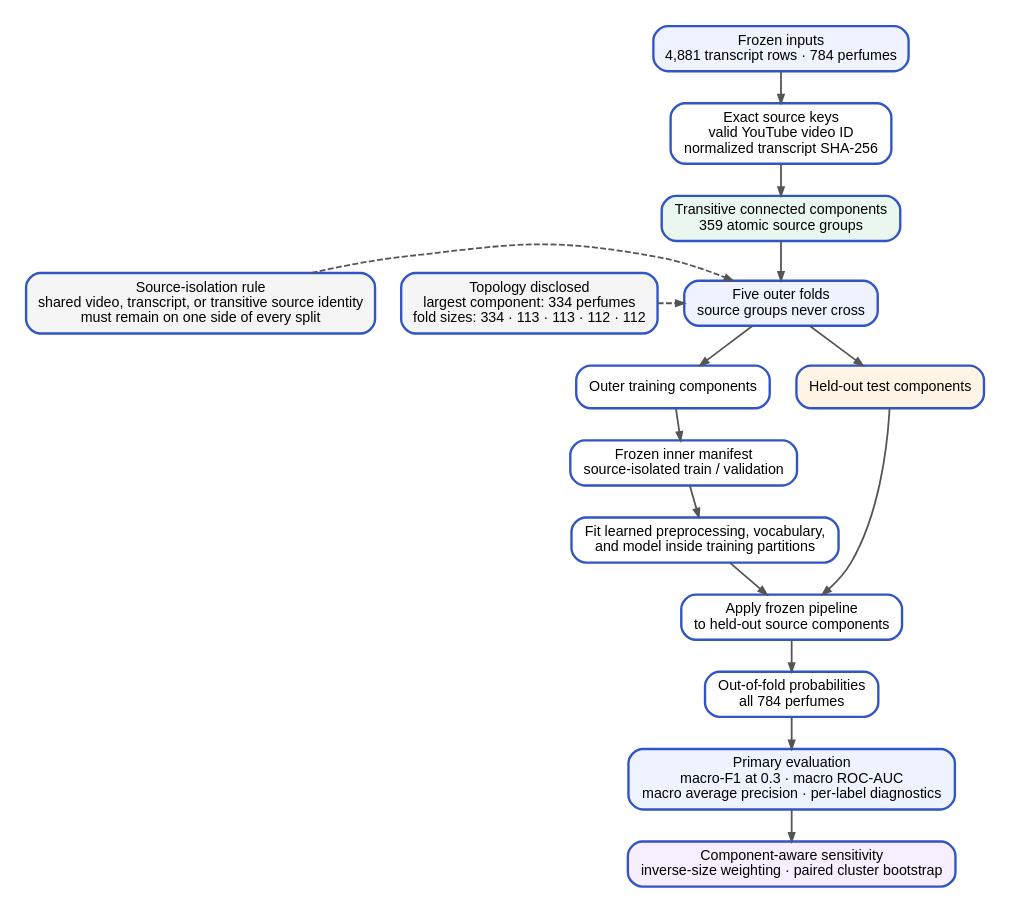
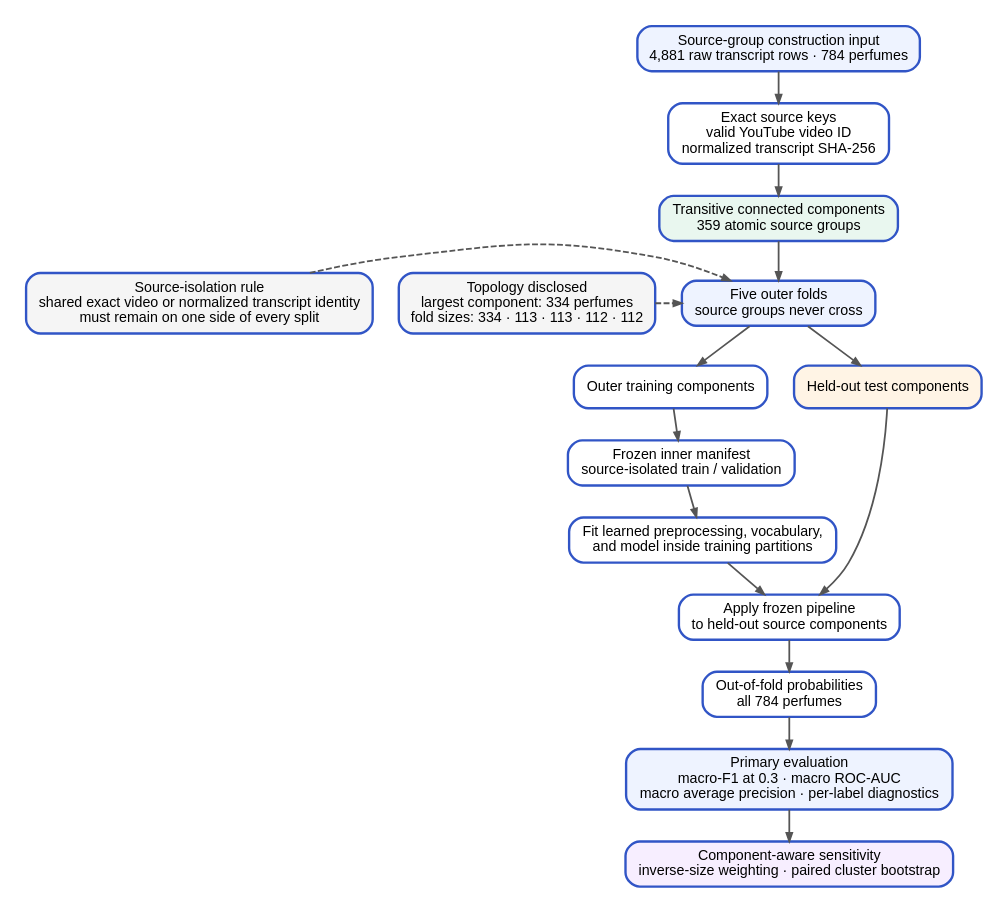
One commit to ececanga/Sentiment-Analysis-for-Perfume-Reviews changed the diagram in docs/thesis/mermaid diagrams/graphviz/figure_3_5_cross_validation_leakage_control.dot. Above: the diagram before and after it, drawn with Graphviz. The commit also changed 36 other files, not shown here.

```diff
--- a/docs/thesis/mermaid diagrams/graphviz/figure_3_5_cross_validation_leakage_control.dot
+++ b/docs/thesis/mermaid diagrams/graphviz/figure_3_5_cross_validation_leakage_control.dot
@@ -1,32 +1,32 @@
 digraph G {
   graph [rankdir=TB, bgcolor="white", pad=0.2, nodesep=0.30, ranksep=0.38, fontname="Arial"];
   node [shape=box, style="rounded,filled", fillcolor="white", color="#3155C6", penwidth=2, fontname="Arial", fontsize=12, margin="0.15,0.09"];
   edge [color="#555555", penwidth=1.5, arrowsize=0.7];
 
-  A [label="Frozen inputs\n4,881 transcript rows · 784 perfumes", fillcolor="#EEF3FF"];
+  A [label="Source-group construction input\n4,881 raw transcript rows · 784 perfumes", fillcolor="#EEF3FF"];
   B [label="Exact source keys\nvalid YouTube video ID\nnormalized transcript SHA-256"];
   C [label="Transitive connected components\n359 atomic source groups", fillcolor="#E9F7EF"];
   D [label="Five outer folds\nsource groups never cross", fillcolor="#EEF3FF"];
   E [label="Outer training components"];
   F [label="Held-out test components", fillcolor="#FFF4E5"];
   V [label="Frozen inner manifest\nsource-isolated train / validation"];
   G [label="Fit learned preprocessing, vocabulary,\nand model inside training partitions"];
   H [label="Apply frozen pipeline\nto held-out source components"];
   I [label="Out-of-fold probabilities\nall 784 perfumes"];
   J [label="Primary evaluation\nmacro-F1 at 0.3 · macro ROC-AUC\nmacro average precision · per-label diagnostics", fillcolor="#EEF3FF"];
-  K [label="Source-isolation rule\nshared video, transcript, or transitive source identity\nmust remain on one side of every split", fillcolor="#F5F5F5"];
+  K [label="Source-isolation rule\nshared exact video or normalized transcript identity\nmust remain on one side of every split", fillcolor="#F5F5F5"];
   M [label="Topology disclosed\nlargest component: 334 perfumes\nfold sizes: 334 · 113 · 113 · 112 · 112", fillcolor="#F5F5F5"];
   N [label="Component-aware sensitivity\ninverse-size weighting · paired cluster bootstrap", fillcolor="#F7EEFF"];
 
   A -> B -> C -> D;
   D -> E;
   D -> F;
   E -> V -> G -> H;
   F -> H;
   H -> I -> J -> N;
   K -> D [style=dashed];
   M -> D [style=dashed];
 
   {rank=same; K; D; M}
   {rank=same; E; F}
 }
```
